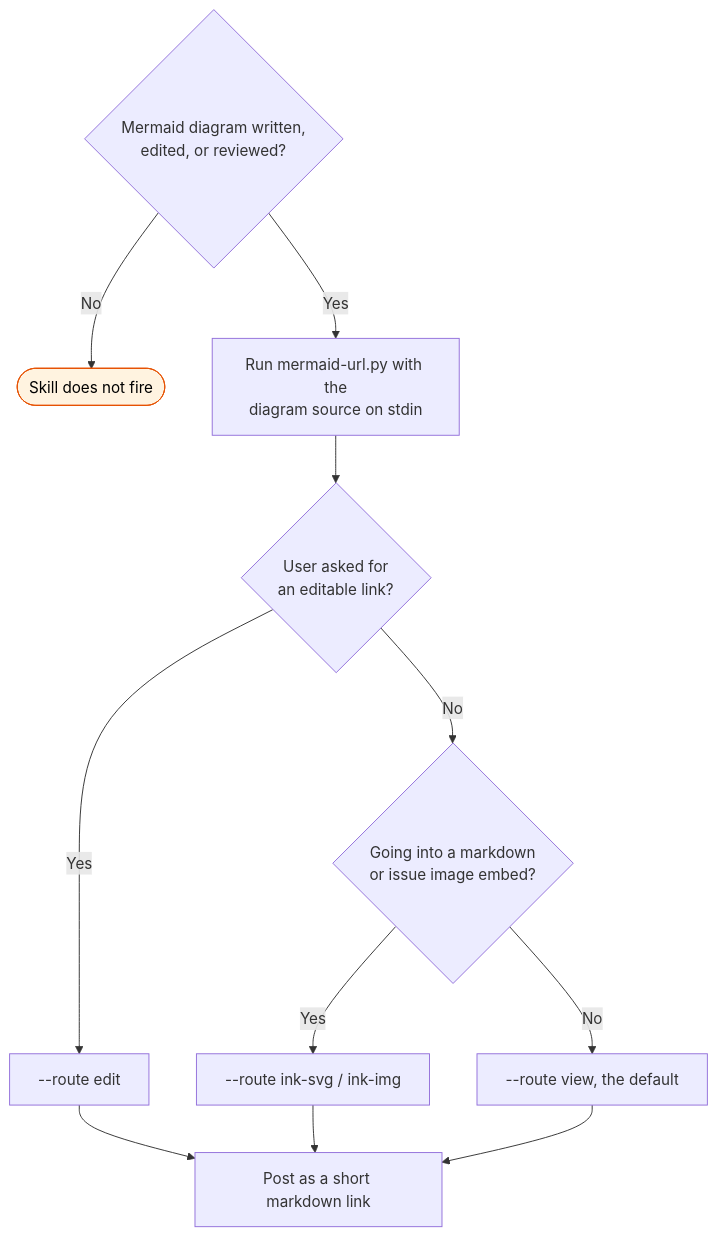
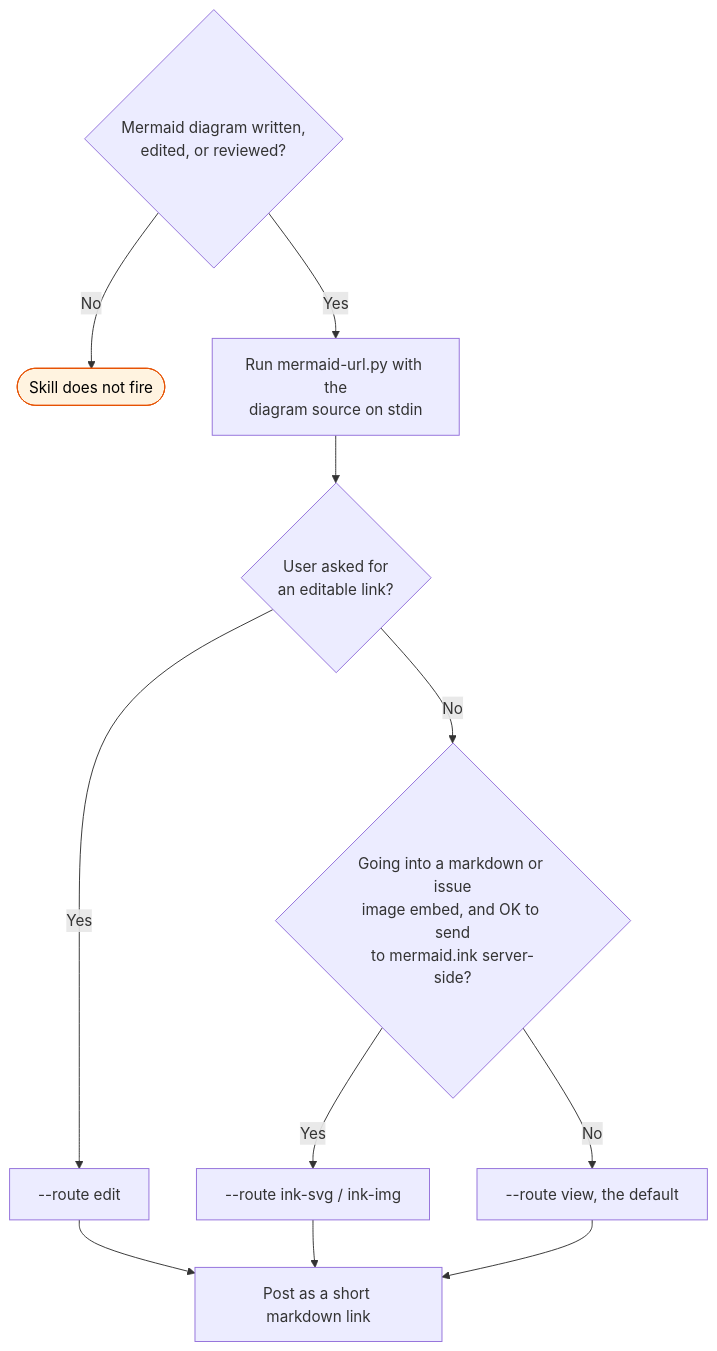
Before and after one commit to bje-settings/claude: the diagram in plugins/mermaid/skills/view/FLOW.md, drawn with Mermaid. The commit also changed 8 other files, not shown here.

First line of the commit message:
fix(mermaid): address review findings

````diff
--- a/plugins/mermaid/skills/view/FLOW.md
+++ b/plugins/mermaid/skills/view/FLOW.md
@@ -3,18 +3,18 @@
 ```mermaid
 flowchart TD
     A{Mermaid diagram written,<br/>edited, or reviewed?}
     A -->|No| Z([Skill does not fire]):::stop
     A -->|Yes| B[Run mermaid-url.py with the<br/>diagram source on stdin]
 
     B --> C{User asked for<br/>an editable link?}
     C -->|Yes| D[--route edit]
-    C -->|No| E{Going into a markdown<br/>or issue image embed?}
+    C -->|No| E{Going into a markdown or issue<br/>image embed, and OK to send<br/>to mermaid.ink server-side?}
     E -->|Yes| F[--route ink-svg / ink-img]
     E -->|No| G[--route view, the default]
 
     D --> H[Post as a short markdown link]
     F --> H
     G --> H
 
     classDef stop fill:#fff3e0,stroke:#e65100,color:#000
 ```
````
